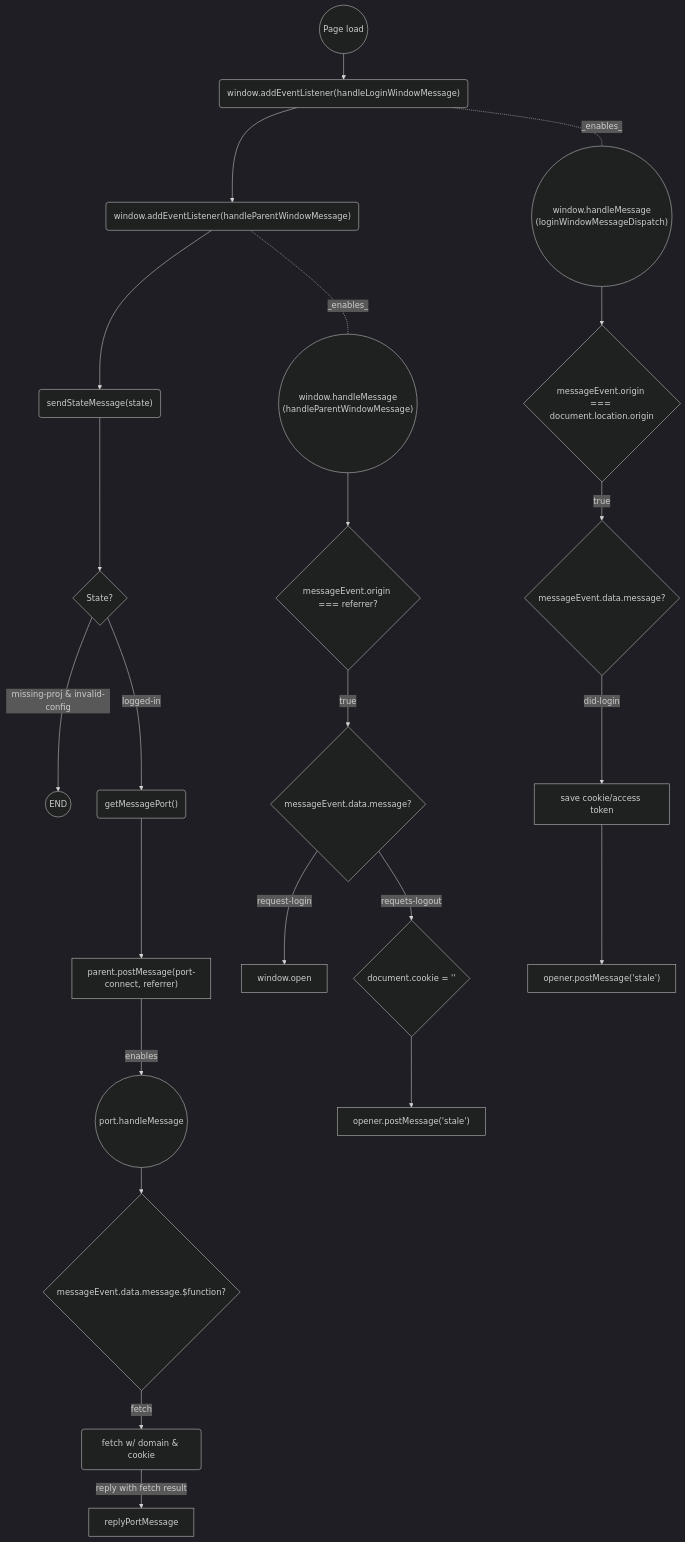
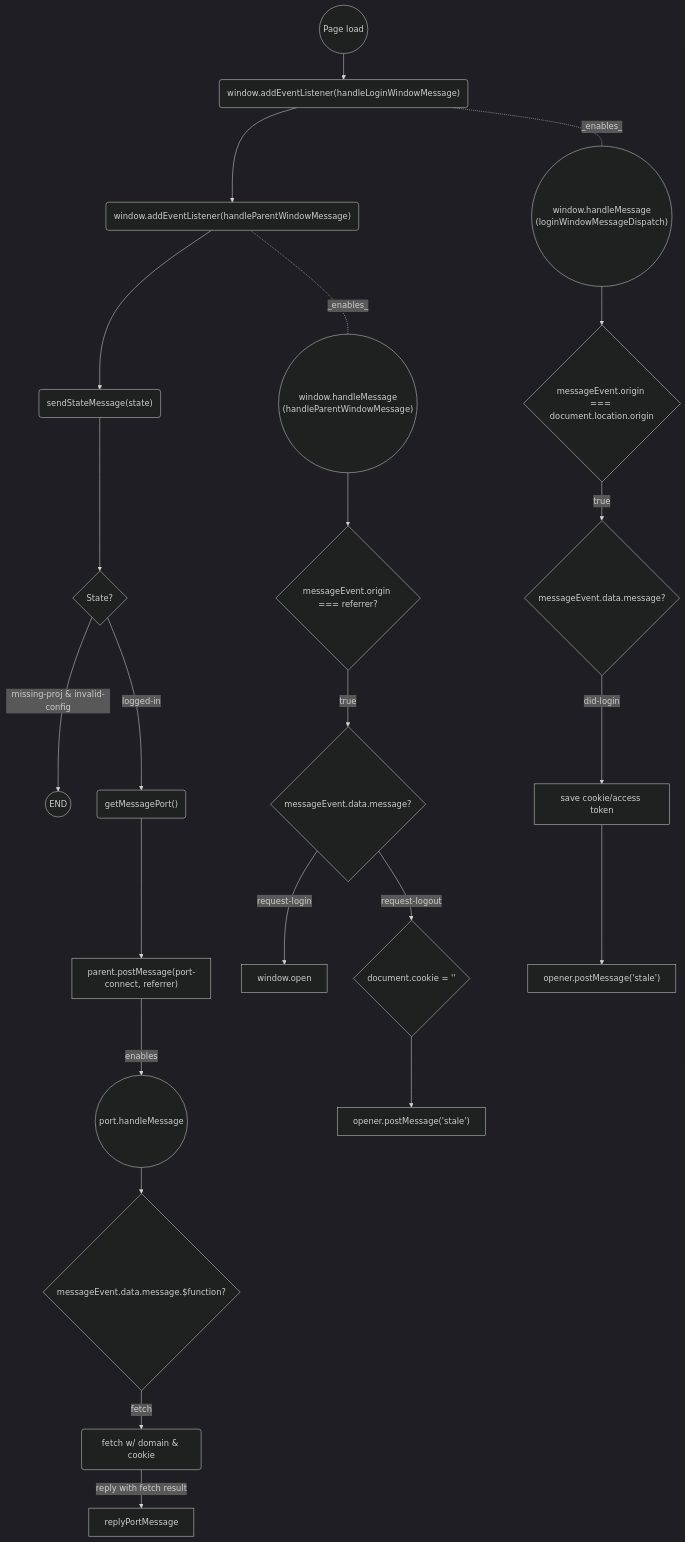
One commit to getsentry/sentry-toolbar changed the second of 2 diagrams in docs/diagrams.md. Above: the diagram before and after it, drawn with Mermaid (dark theme). The commit also changed 1 other file, not shown here.

Commit message:
docs: fix typo in diagram and double space in toolbar README (#345)
- docs/diagrams.md: fixed "requets-logout" -> "request-logout" in the
  mermaid diagram, matching the actual message string used in
  src/lib/utils/ApiProxy.ts.
- packages/toolbar/README.md: removed a double space.

Docs only, no functional changes.

````diff
--- a/docs/diagrams.md
+++ b/docs/diagrams.md
@@ -52,29 +52,29 @@
 ```mermaid
 flowchart TB
     pageLoad(("Page load")) --> listenLogin("window.addEventListener(handleLoginWindowMessage)")
     listenLogin --> listenParent("window.addEventListener(handleParentWindowMessage)")
     listenParent --> sendState("sendStateMessage(state)")
     
     sendState --> checkState{"State?"}
     checkState -- "missing-proj & invalid-config" --> wait(("END"))
     checkState -- "logged-in" --> getPort("getMessagePort()")
     getPort --> parentPost["parent.postMessage(port-connect, referrer)"]
 
     listenLogin -. _enables_ .- window.handleLogin(("window.handleMessage<br/>(loginWindowMessageDispatch)"))
     window.handleLogin --> originIsSame{"messageEvent.origin === document.location.origin"}
     originIsSame -- true --> checkLoginMessage{"messageEvent.data.message?"}
     checkLoginMessage -- "did-login" --> saveAccessToken["save cookie/access token"]
     saveAccessToken --> opener.postMessage1["opener.postMessage('stale')"]
 
     listenParent -. _enables_ .- window.handleParent(("window.handleMessage<br/>(handleParentWindowMessage)"))
     window.handleParent --> originIsReferrer{"messageEvent.origin === referrer?"}
     originIsReferrer -- true --> checkParentMessage{"messageEvent.data.message?"}
     checkParentMessage -- "request-login" --> window.open["window.open"]    
-    checkParentMessage -- "requets-logout" --> clearCookie{"document.cookie = ''"}
+    checkParentMessage -- "request-logout" --> clearCookie{"document.cookie = ''"}
     clearCookie --> opener.postMessage2["opener.postMessage('stale')"]
     
     parentPost -- enables --> port.handleMessage(("port.handleMessage"))
     port.handleMessage --> checkPortMessage{"messageEvent.data.message.$function?"}
     checkPortMessage -- fetch --> fetch("fetch w/ domain & cookie")
     fetch -- reply with fetch result --> replyPortMessage
 ```
````
